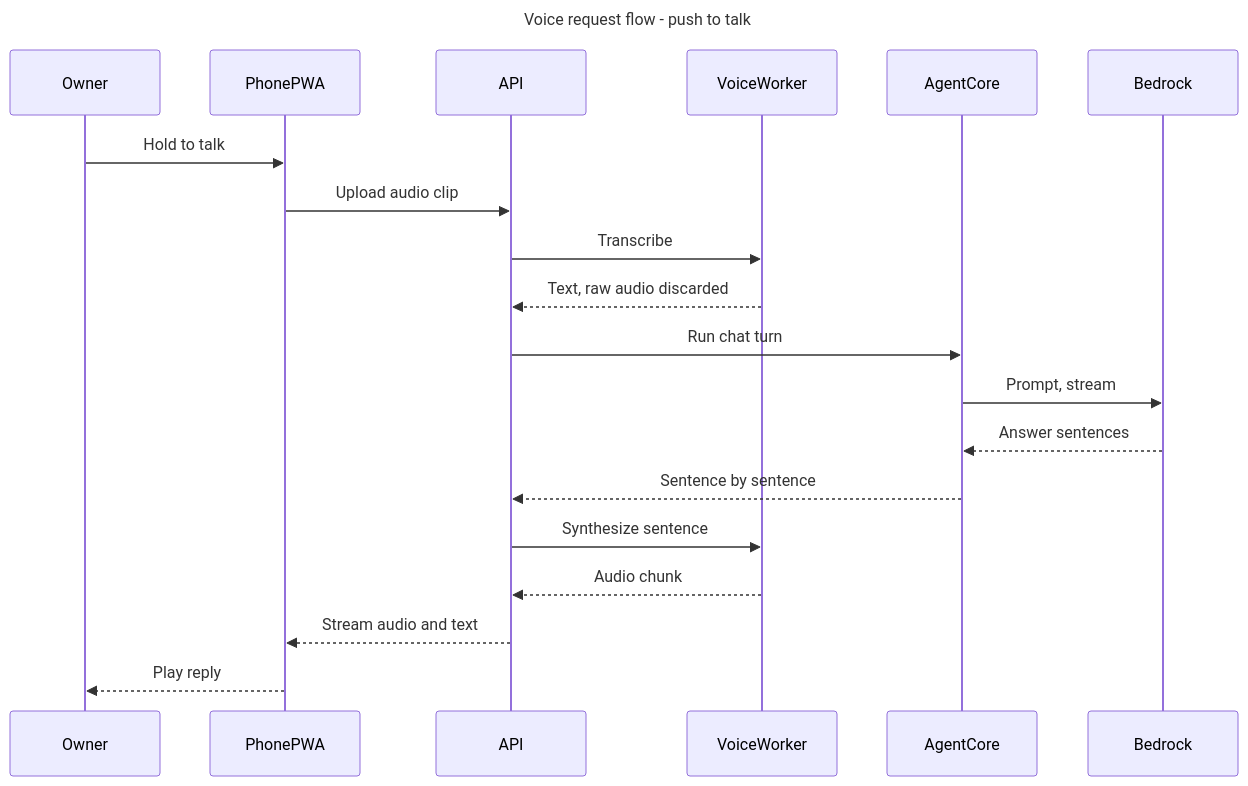
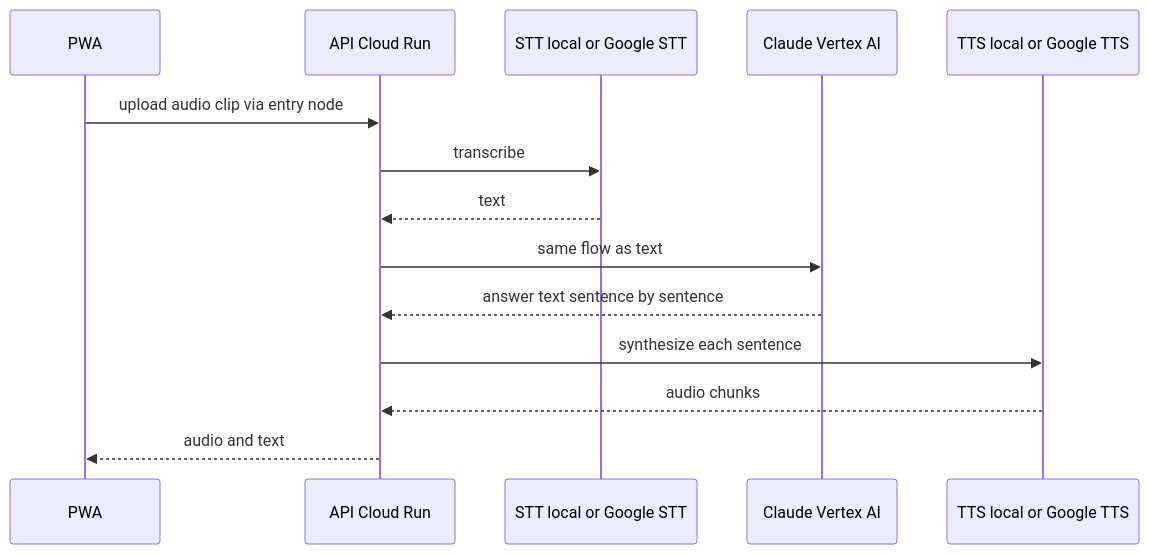
The diagram in docs/diagrams/03-voice-flow.mmd (SharoffNIKHIL/Weekend2.0), drawn with Mermaid before and after one commit. The commit also changed 91 other files, not shown here.

First line of the commit message:
feat(gcp)!: move Weekend 2.0 from AWS to Google Cloud (D4 decided)

```diff
--- a/docs/diagrams/03-voice-flow.mmd
+++ b/docs/diagrams/03-voice-flow.mmd
@@ -1,21 +1,15 @@
-%% Weekend 2.0 - Voice request flow. FigJam: https://www.figma.com/board/pMvZioGximavxDcsD14Ee9
+%% Weekend 2.0 - Voice request flow on Google Cloud (DESIGN.md section 5.3, v0.2.0)
 sequenceDiagram
-  title Voice request flow - push to talk
-  participant Owner
-  participant PhonePWA
-  participant API
-  participant VoiceWorker
-  participant AgentCore
-  participant Bedrock
-  Owner->>PhonePWA: Hold to talk
-  PhonePWA->>API: Upload audio clip
-  API->>VoiceWorker: Transcribe
-  VoiceWorker-->>API: Text, raw audio discarded
-  API->>AgentCore: Run chat turn
-  AgentCore->>Bedrock: Prompt, stream
-  Bedrock-->>AgentCore: Answer sentences
-  AgentCore-->>API: Sentence by sentence
-  API->>VoiceWorker: Synthesize sentence
-  VoiceWorker-->>API: Audio chunk
-  API-->>PhonePWA: Stream audio and text
-  PhonePWA-->>Owner: Play reply
+  participant P as PWA
+  participant A as API Cloud Run
+  participant S as STT local or Google STT
+  participant L as Claude Vertex AI
+  participant V as TTS local or Google TTS
+  P->>A: upload audio clip via entry node
+  A->>S: transcribe
+  S-->>A: text
+  A->>L: same flow as text
+  L-->>A: answer text sentence by sentence
+  A->>V: synthesize each sentence
+  V-->>A: audio chunks
+  A-->>P: audio and text
```
